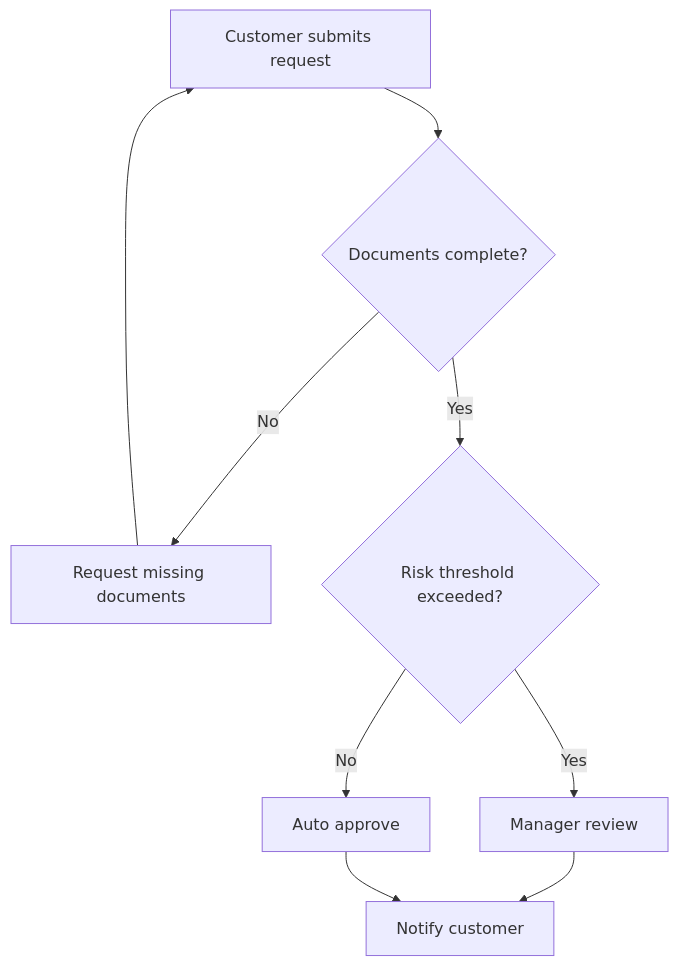
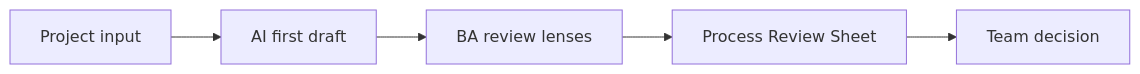
One commit to anhtnt90dev/ai-for-ba changed the first of 2 diagrams in docs/en/lessons/process-modeling-with-ai/index.md. Above: the diagram before and after it, drawn with Mermaid. The commit also changed other lines of this file and 40 other files, not shown here.

````diff
--- a/docs/en/lessons/process-modeling-with-ai/index.md
+++ b/docs/en/lessons/process-modeling-with-ai/index.md
@@ -68,11 +84,12 @@
 ```mermaid
-flowchart TD
-    A["Customer submits request"] --> B{"Documents complete?"}
-    B -->|No| C["Request missing documents"]
-    C --> A
-    B -->|Yes| D{"Risk threshold exceeded?"}
-    D -->|Yes| E["Manager review"]
-    D -->|No| F["Auto approve"]
-    E --> G["Notify customer"]
-    F --> G
+flowchart LR
+    A["Project input"]
+    B["AI first draft"]
+    A --> B
+    C["BA review lenses"]
+    B --> C
+    D["Process Review Sheet"]
+    C --> D
+    E["Team decision"]
+    D --> E
 ```
````
